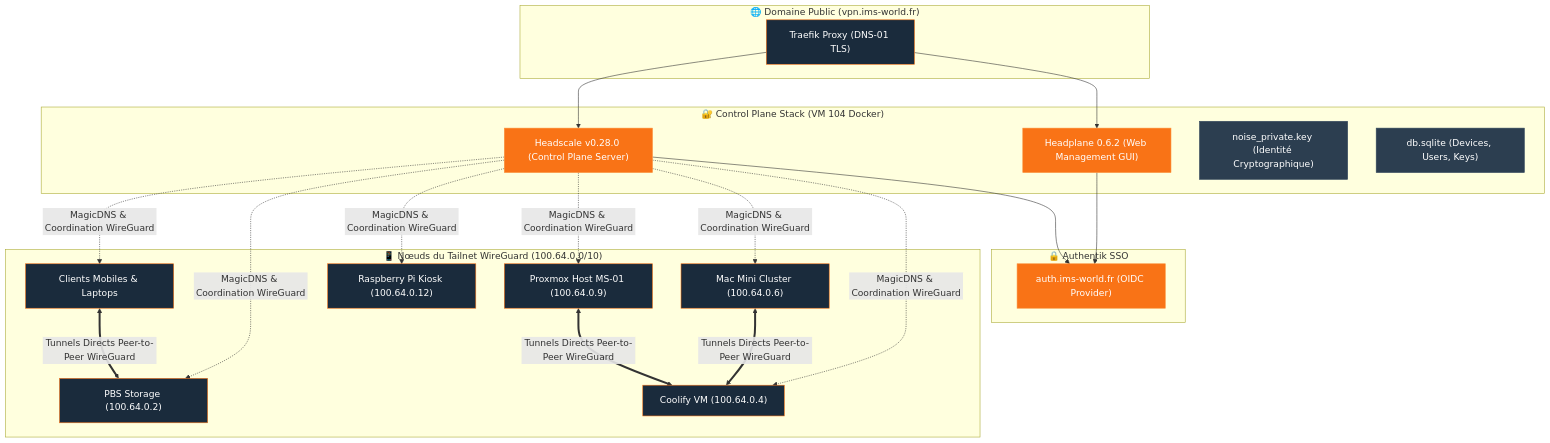
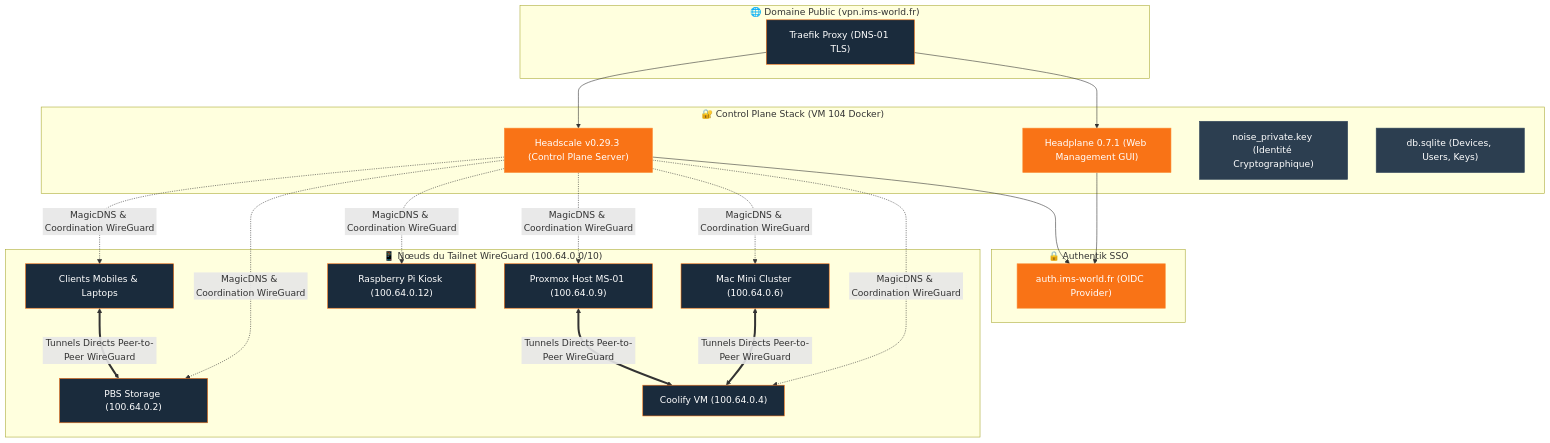
The diagram in services/headscale-headplane.md (ims-world/docs), drawn with Mermaid before and after one commit. The commit also changed other lines of this file and 5 other files, not shown here.

Commit message:
docs: mise a jour des versions applicatives (Headscale, Headplane, Immich, Uptime Kuma, Ntfy, Dozzle, CrowdSec)

````diff
--- a/services/headscale-headplane.md
+++ b/services/headscale-headplane.md
@@ -60,49 +60,49 @@
 ```mermaid
 graph TB
     subgraph WAN_PUB ["🌐 Domaine Public (vpn.ims-world.fr)"]
         TRAEFIK["Traefik Proxy (DNS-01 TLS)"]
     end
 
     subgraph HEADSCALE_STACK ["🔐 Control Plane Stack (VM 104 Docker)"]
-        HEADSCALE["Headscale v0.28.0 (Control Plane Server)"]
-        HEADPLANE["Headplane 0.6.2 (Web Management GUI)"]
+        HEADSCALE["Headscale v0.29.3 (Control Plane Server)"]
+        HEADPLANE["Headplane 0.7.1 (Web Management GUI)"]
         NOISE_KEY["noise_private.key (Identité Cryptographique)"]
         DB_SQLITE["db.sqlite (Devices, Users, Keys)"]
     end
 
     subgraph OIDC_AUTH ["🔒 Authentik SSO"]
         AUTH_SRV["auth.ims-world.fr (OIDC Provider)"]
     end
 
     subgraph TAILNET_NODES ["📱 Nœuds du Tailnet WireGuard (100.64.0.0/10)"]
         MAC["Mac Mini Cluster (100.64.0.6)"]
         PVE["Proxmox Host MS-01 (100.64.0.9)"]
         PBS["PBS Storage (100.64.0.2)"]
         COOL["Coolify VM (100.64.0.4)"]
         RPI["Raspberry Pi Kiosk (100.64.0.12)"]
         MOBILE["Clients Mobiles & Laptops"]
     end
 
     TRAEFIK --> HEADSCALE
     TRAEFIK --> HEADPLANE
     HEADPLANE --> AUTH_SRV
     HEADSCALE --> AUTH_SRV
 
     HEADSCALE -.->|MagicDNS & Coordination WireGuard| MAC
     HEADSCALE -.->|MagicDNS & Coordination WireGuard| PVE
     HEADSCALE -.->|MagicDNS & Coordination WireGuard| PBS
     HEADSCALE -.->|MagicDNS & Coordination WireGuard| COOL
     HEADSCALE -.->|MagicDNS & Coordination WireGuard| RPI
     HEADSCALE -.->|MagicDNS & Coordination WireGuard| MOBILE
 
     MAC <==>|Tunnels Directs Peer-to-Peer WireGuard| COOL
     PVE <==>|Tunnels Directs Peer-to-Peer WireGuard| COOL
     MOBILE <==>|Tunnels Directs Peer-to-Peer WireGuard| PBS
 
     classDef srv fill:#F97316,stroke:#FB923C,color:#fff;
     classDef key fill:#2c3e50,stroke:#34495e,color:#fff;
     classDef node fill:#1a2b3c,stroke:#F97316,color:#fff;
     class HEADSCALE,HEADPLANE,AUTH_SRV srv;
     class NOISE_KEY,DB_SQLITE key;
     class MAC,PVE,PBS,COOL,RPI,MOBILE node;
 ```
````
